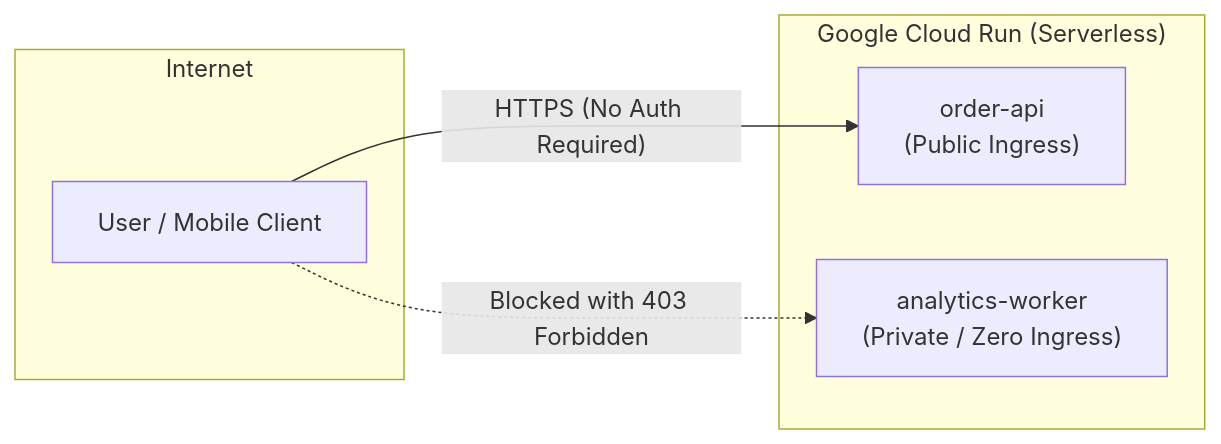
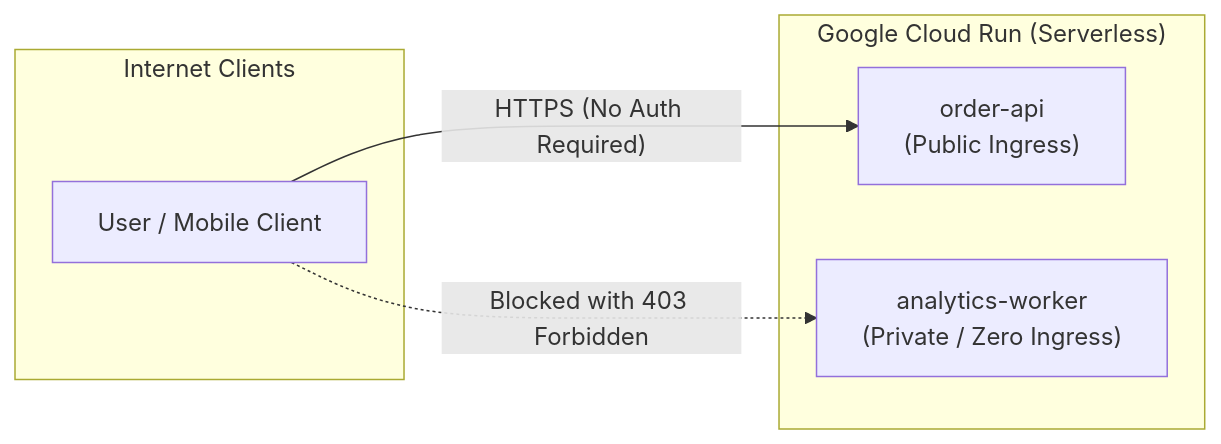
The diagram in lessons/01-serverless-containers-and-artifact-registry.md (shawky2002020/gcp-lab), drawn with Mermaid before and after one commit. The commit also changed 1 other file, not shown here.

Commit message:
fix(docs): resolve Mermaid diagram subgraph syntax error on GitHub

````diff
--- a/lessons/01-serverless-containers-and-artifact-registry.md
+++ b/lessons/01-serverless-containers-and-artifact-registry.md
@@ -9,12 +9,12 @@
 ```mermaid
 flowchart LR
-    subgraph Internet
+    subgraph Internet["Internet Clients"]
         User["User / Mobile Client"]
     end
     subgraph CloudRun["Google Cloud Run (Serverless)"]
         API["order-api<br/>(Public Ingress)"]
         Worker["analytics-worker<br/>(Private / Zero Ingress)"]
     end
     User -->|"HTTPS (No Auth Required)"| API
     User -.->|"Blocked with 403 Forbidden"| Worker
 ```
````
